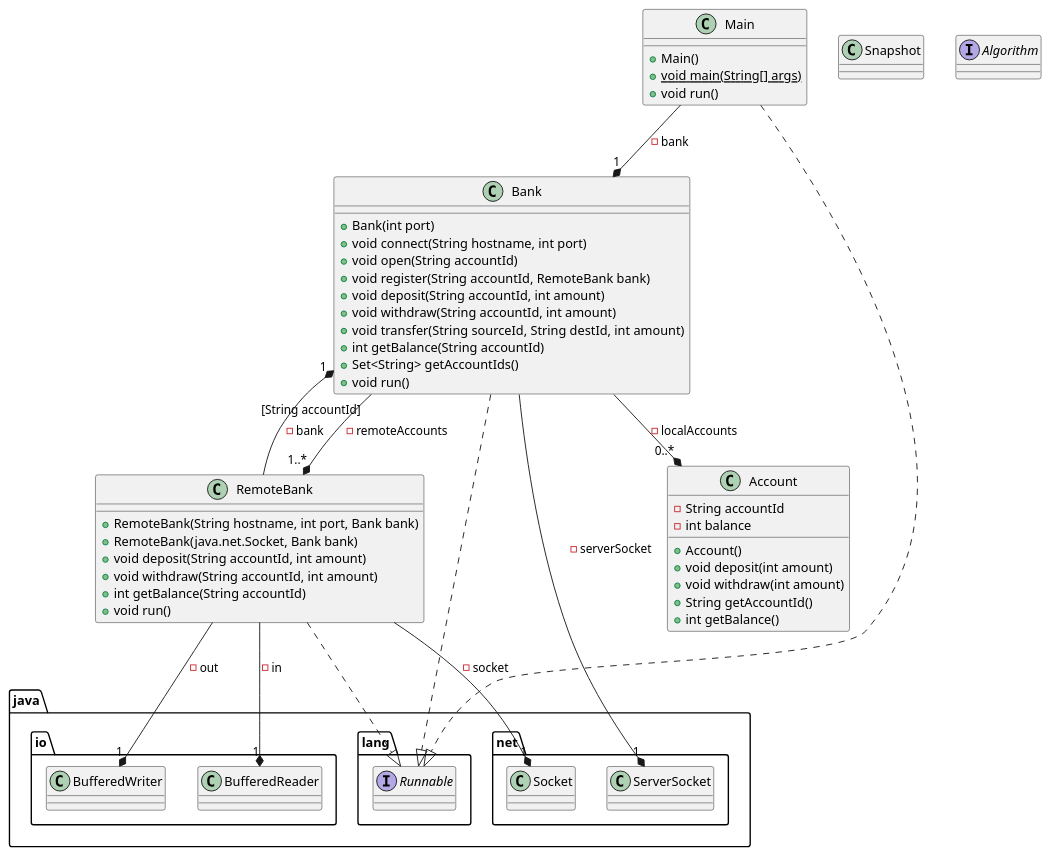
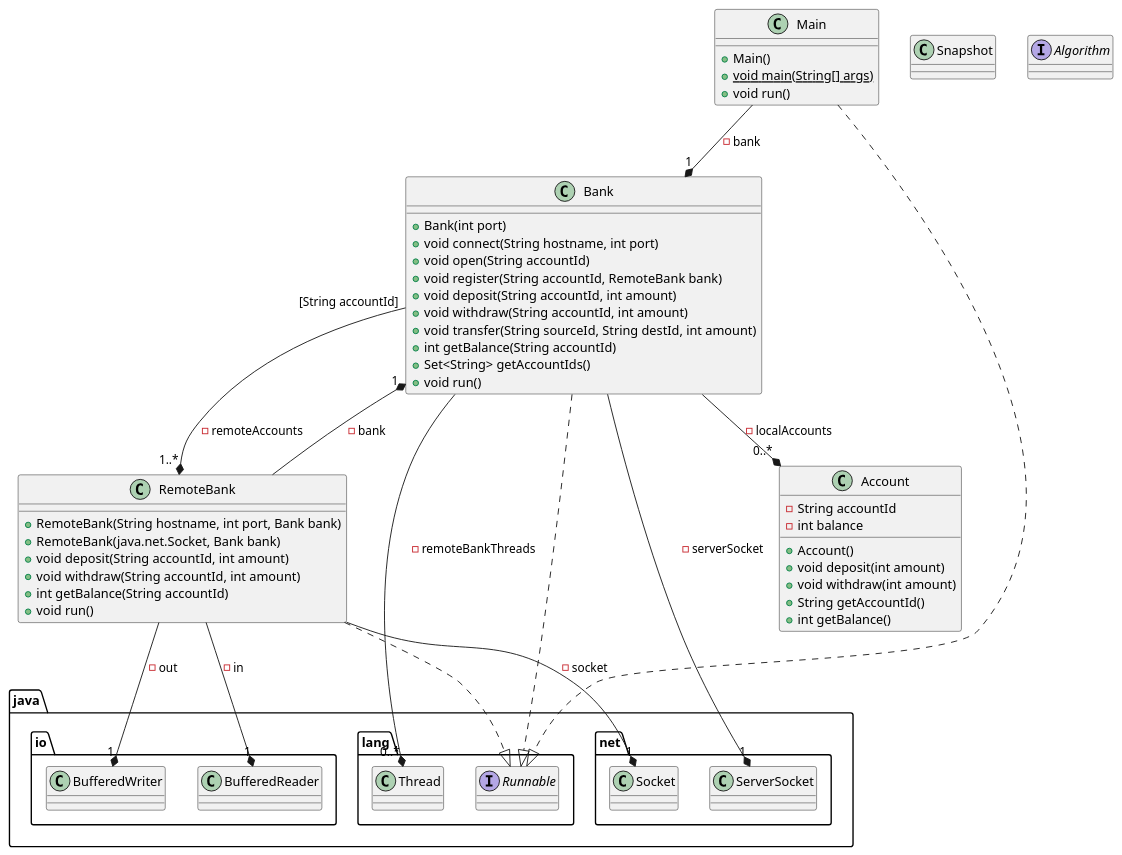
One commit to omjadas/distributed-banking changed the diagram in docs/classes.puml. Above: the diagram before and after it, drawn with PlantUML. The commit also changed 3 other files, not shown here.

```diff
--- a/docs/classes.puml
+++ b/docs/classes.puml
@@ -1,60 +1,61 @@
 @startuml P2P Bank
 class Main {
     + Main()
     + {static} void main(String[] args)
     + void run()
 }
 
 class Bank {
     + Bank(int port)
     + void connect(String hostname, int port)
     + void open(String accountId)
     + void register(String accountId, RemoteBank bank)
     + void deposit(String accountId, int amount)
     + void withdraw(String accountId, int amount)
     + void transfer(String sourceId, String destId, int amount)
     + int getBalance(String accountId)
     + Set<String> getAccountIds()
     + void run()
 }
 
 class RemoteBank {
     + RemoteBank(String hostname, int port, Bank bank)
     + RemoteBank(java.net.Socket, Bank bank)
     + void deposit(String accountId, int amount)
     + void withdraw(String accountId, int amount)
     + int getBalance(String accountId)
     + void run()
 }
 
 class Account {
     - String accountId
     - int balance
     + Account()
     + void deposit(int amount)
     + void withdraw(int amount)
     + String getAccountId()
     + int getBalance()
 }
 
 class Snapshot {
 }
 
 interface java.lang.Runnable
 interface Algorithm
 
 Main --* "1" Bank : - bank
 Main ..|> java.lang.Runnable
 
 Bank --* "1" java.net.ServerSocket : - serverSocket
 Bank --* "0..*" Account : - localAccounts
+Bank --* "0..*" java.lang.Thread : - remoteBankThreads
 Bank "[String accountId]" --* "1..*" RemoteBank : - remoteAccounts
 Bank ..|> java.lang.Runnable
 
 RemoteBank --* "1" java.net.Socket : - socket
 RemoteBank --* "1" Bank : - bank
 RemoteBank --* "1" java.io.BufferedReader : - in
 RemoteBank --* "1" java.io.BufferedWriter : - out
 RemoteBank ..|> java.lang.Runnable
 
 @enduml
```
